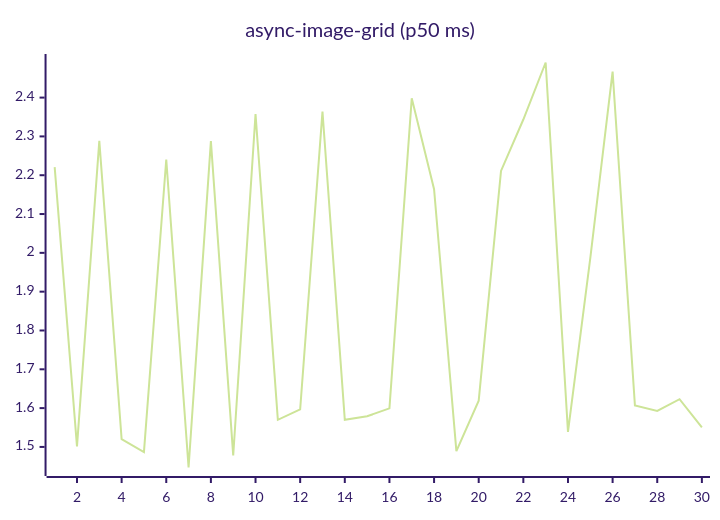
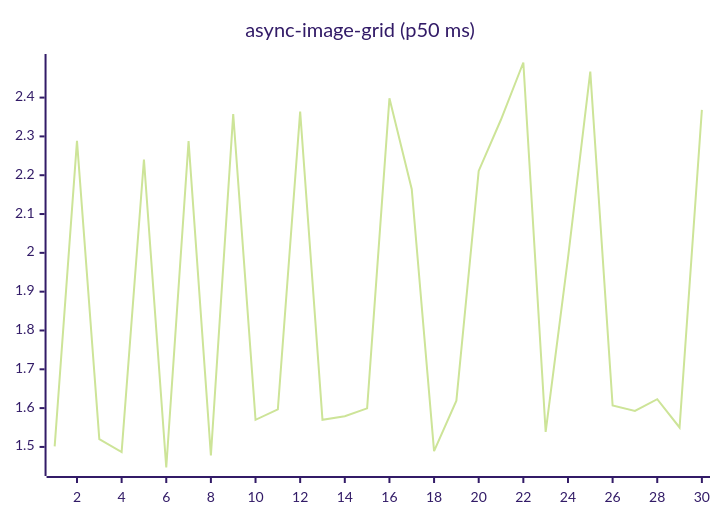
One commit to josha/Facet changed the fifth of 27 diagrams in README.md. Above: the diagram before and after it, drawn with Mermaid (forest theme). The commit also changed other lines of this file and 2 other files, not shown here.

````diff
--- a/README.md
+++ b/README.md
@@ -91,6 +91,6 @@
 ```mermaid
 xychart-beta
     title "async-image-grid (p50 ms)"
     x-axis 1 --> 30
-    line [2.2208, 1.5015, 2.2886, 1.5200, 1.4868, 2.2404, 1.4470, 2.2880, 1.4779, 2.3575, 1.5699, 1.5969, 2.3640, 1.5700, 1.5790, 1.5994, 2.3982, 2.1641, 1.4893, 1.6193, 2.2110, 2.3435, 2.4904, 1.5386, 1.9864, 2.4670, 1.6066, 1.5928, 1.6229, 1.5501]
+    line [1.5015, 2.2886, 1.5200, 1.4868, 2.2404, 1.4470, 2.2880, 1.4779, 2.3575, 1.5699, 1.5969, 2.3640, 1.5700, 1.5790, 1.5994, 2.3982, 2.1641, 1.4893, 1.6193, 2.2110, 2.3435, 2.4904, 1.5386, 1.9864, 2.4670, 1.6066, 1.5928, 1.6229, 1.5501, 2.3685]
 ```
````
